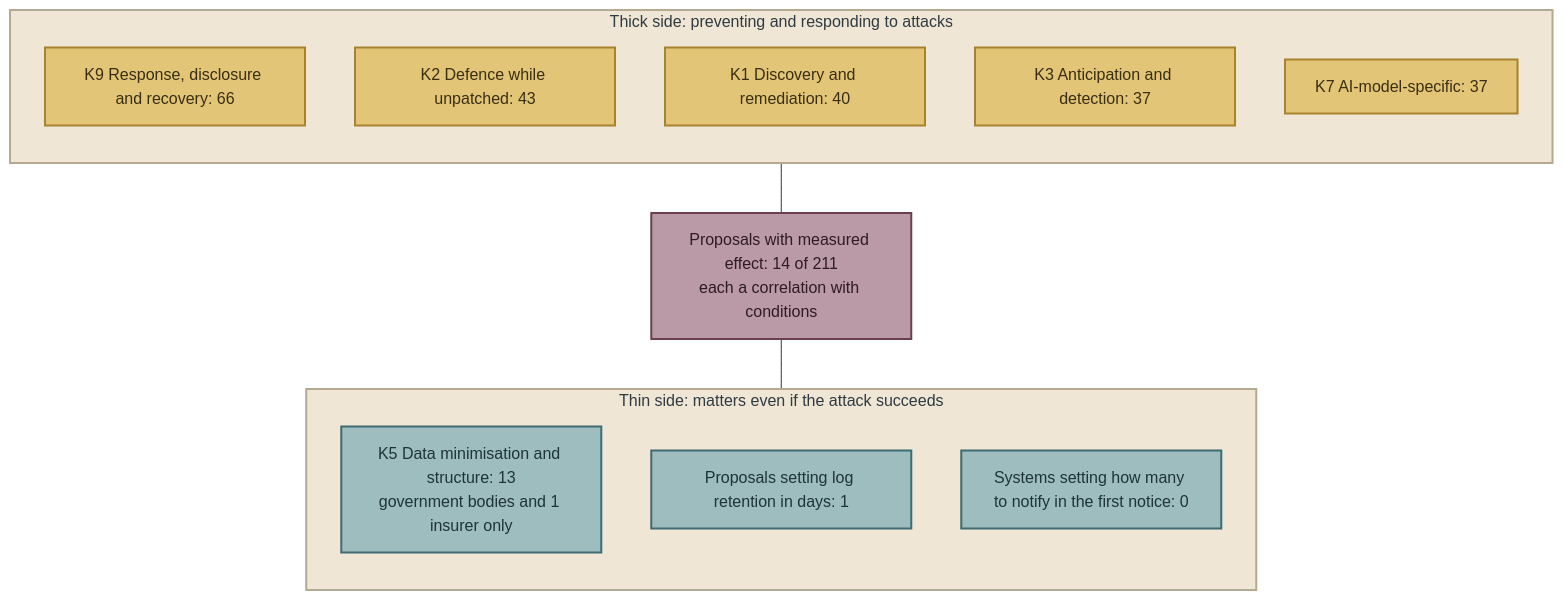
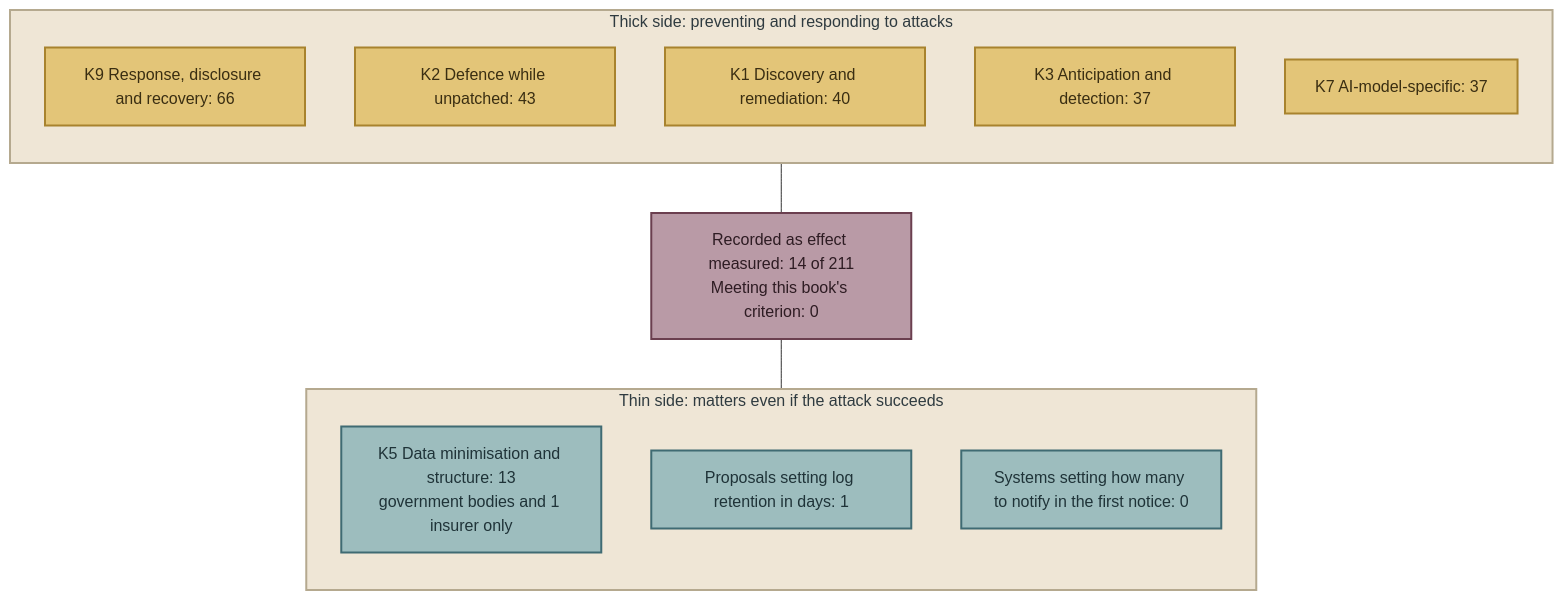
One commit to Leading-AI-IO/enterprise-security-in-the-ai-era changed the seventh of 17 diagrams in docs/en/enterprise-security-in-the-ai-era_EN.md. Above: the diagram before and after it, drawn with Mermaid. The commit also changed other lines of this file and 6 other files, not shown here.

Commit message:
Correct v1.0 (2026-10-30): effect-measured wording, opening records for 121 rows, as-of panels for chapters 7-12, table of contents

````diff
--- a/docs/en/enterprise-security-in-the-ai-era_EN.md
+++ b/docs/en/enterprise-security-in-the-ai-era_EN.md
@@ -1468,28 +1470,28 @@
 ```mermaid
 flowchart TB
 
     subgraph THICK["Thick side: preventing and responding to attacks"]
       direction TB
       K9["K9 Response, disclosure and recovery: 66"]
       K2["K2 Defence while unpatched: 43"]
       K1["K1 Discovery and remediation: 40"]
       K3["K3 Anticipation and detection: 37"]
       K7["K7 AI-model-specific: 37"]
     end
     subgraph THIN["Thin side: matters even if the attack succeeds"]
       direction TB
       K5["K5 Data minimisation and structure: 13<br/>government bodies and 1 insurer only"]
       L["Proposals setting log retention in days: 1"]
       N["Systems setting how many to notify in the first notice: 0"]
     end
-    Z["Proposals with measured effect: 14 of 211<br/>each a correlation with conditions"]
+    Z["Recorded as effect measured: 14 of 211<br/>Meeting this book's criterion: 0"]
     THICK --- Z --- THIN
     classDef teal fill:#9DBDBE,stroke:#3F6B73,stroke-width:2px,color:#1F3338
     classDef mustard fill:#E3C578,stroke:#A8832E,stroke-width:2px,color:#3A2E12
     classDef plum fill:#B99AA6,stroke:#6B3F4F,stroke-width:2px,color:#2E1C23
     class K9,K2,K1,K3,K7 mustard
     class K5,L,N teal
     class Z plum
     style THICK fill:#EFE6D6,stroke:#B5A98F,stroke-width:2px,color:#2F3B40
     style THIN fill:#EFE6D6,stroke:#B5A98F,stroke-width:2px,color:#2F3B40
 ```
````
